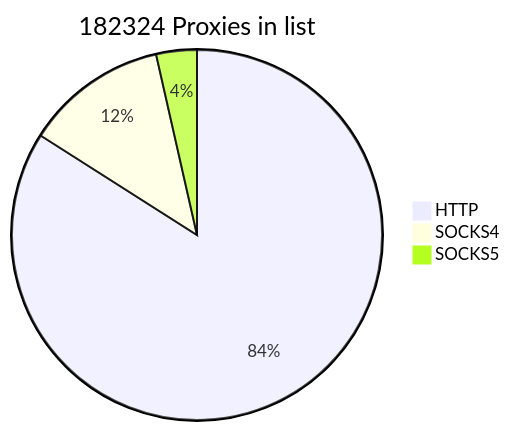
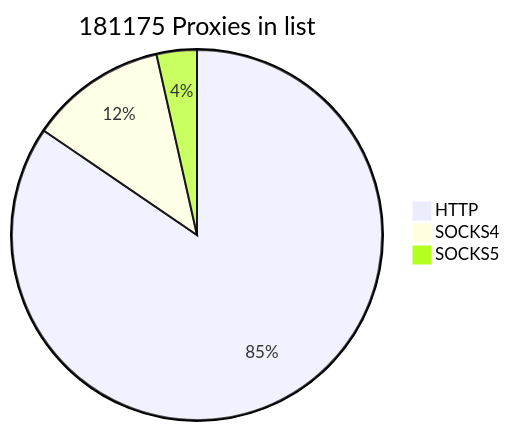
The first of 2 diagrams in README.md (cutipu/proxylist), drawn with Mermaid before and after one commit. The commit also changed other lines of this file, not shown here.

````diff
--- a/README.md
+++ b/README.md
@@ -2,7 +2,7 @@
 ```mermaid
-pie title 182324 Proxies in list
-    "HTTP" : 153179
-    "SOCKS4" : 22675
-    "SOCKS5" : 6470
+pie title 181175 Proxies in list
+    "HTTP" : 153129
+    "SOCKS4" : 21680
+    "SOCKS5" : 6366
             
 ```
````
